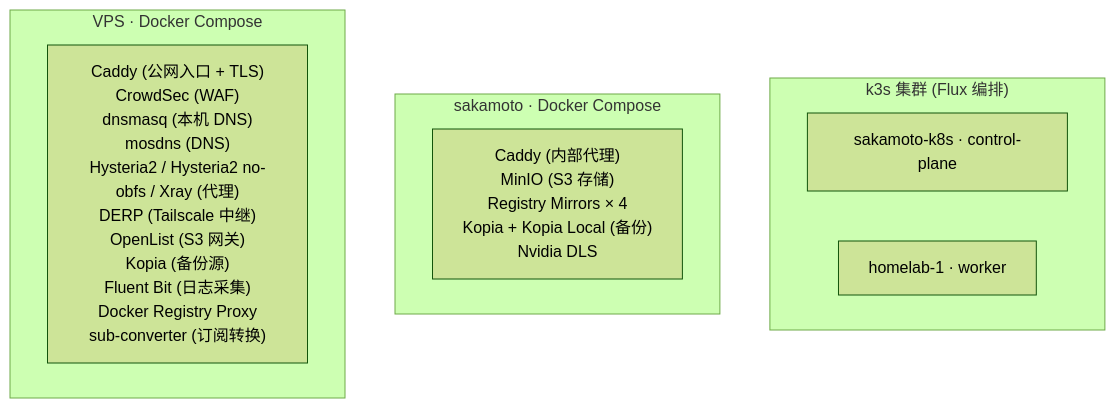
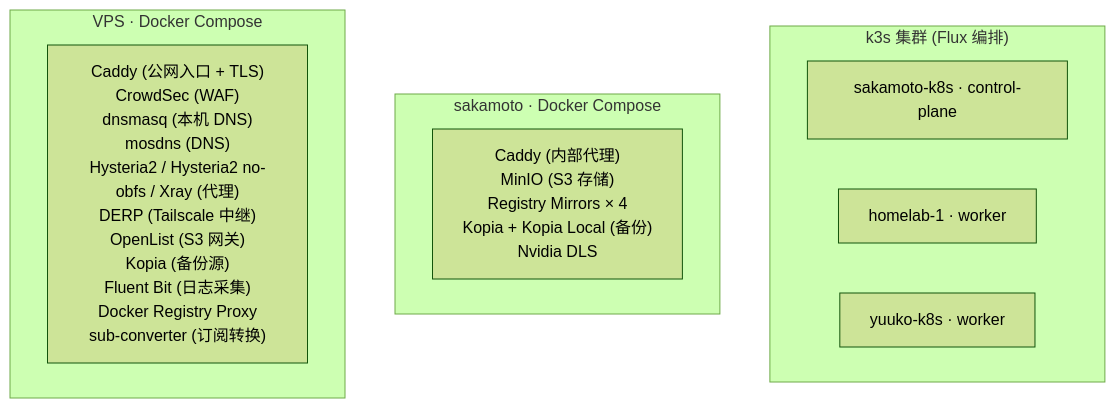
Before and after one commit to shelken/home-ops: the third of 9 diagrams in docs/ARCHITECTURE.md, drawn with Mermaid (forest theme). The commit also changed other lines of this file and 2 other files, not shown here.

First line of the commit message:
feat(lima): provision 注入 mio 公钥，并补 ARCHITECTURE 三节点拓扑

````diff
--- a/docs/ARCHITECTURE.md
+++ b/docs/ARCHITECTURE.md
@@ -100,29 +112,30 @@
 ```mermaid
 graph TB
     subgraph K3S["k3s 集群 (Flux 编排)"]
         NODE_SAKA["sakamoto-k8s · control-plane"]
         NODE_H1["homelab-1 · worker"]
+        NODE_YUUKO["yuuko-k8s · worker"]
     end
 
     subgraph COMPOSE_SAKA["sakamoto · Docker Compose"]
         CD_SAKA["Caddy (内部代理)
 MinIO (S3 存储)
 Registry Mirrors × 4
 Kopia + Kopia Local (备份)
 Nvidia DLS"]
     end
 
     subgraph COMPOSE_VPS["VPS · Docker Compose"]
         CD_VPS["Caddy (公网入口 + TLS)
 CrowdSec (WAF)
 dnsmasq (本机 DNS)
 mosdns (DNS)
 Hysteria2 / Hysteria2 no-obfs / Xray (代理)
 DERP (Tailscale 中继)
 OpenList (S3 网关)
 Kopia (备份源)
 Fluent Bit (日志采集)
 Docker Registry Proxy
 sub-converter (订阅转换)"]
     end
 ```
````
